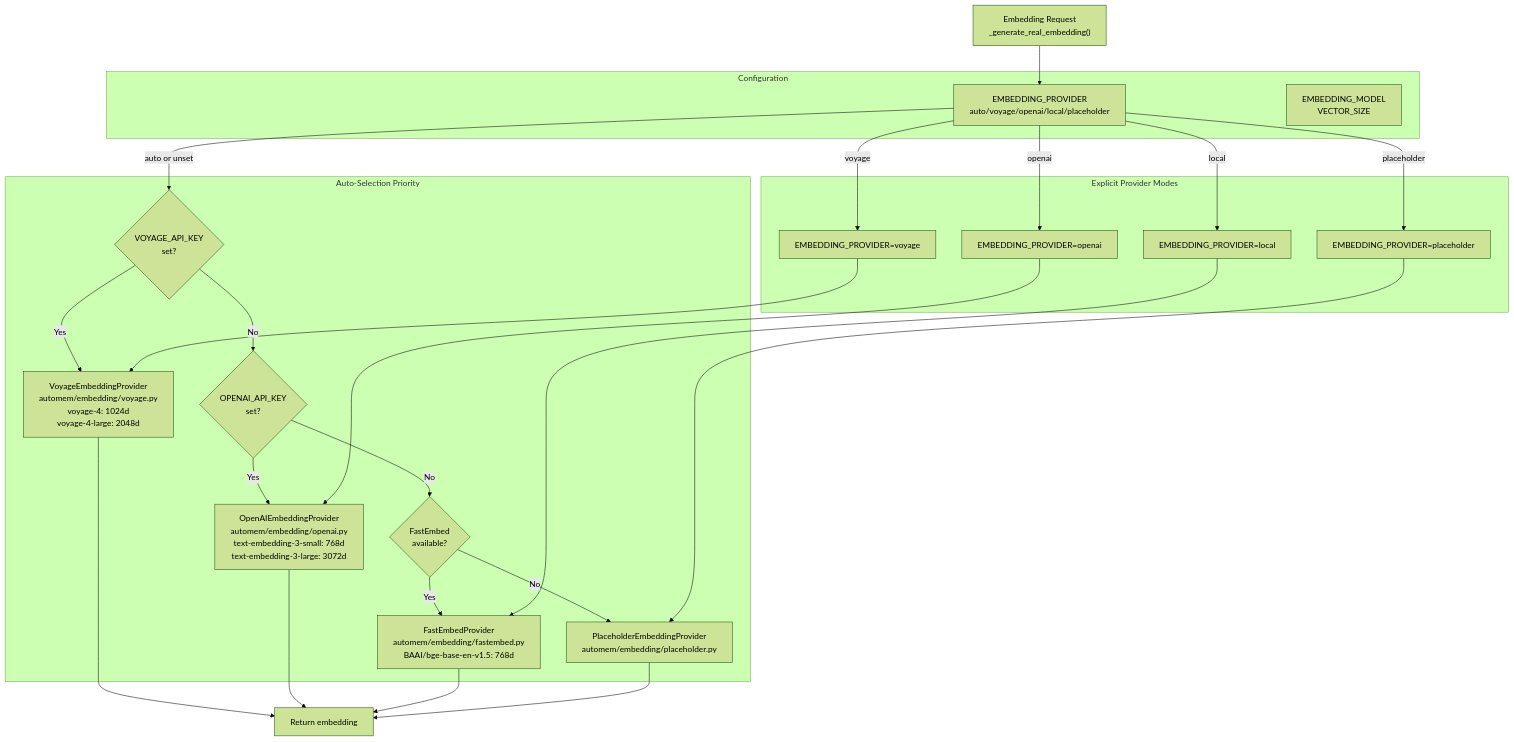
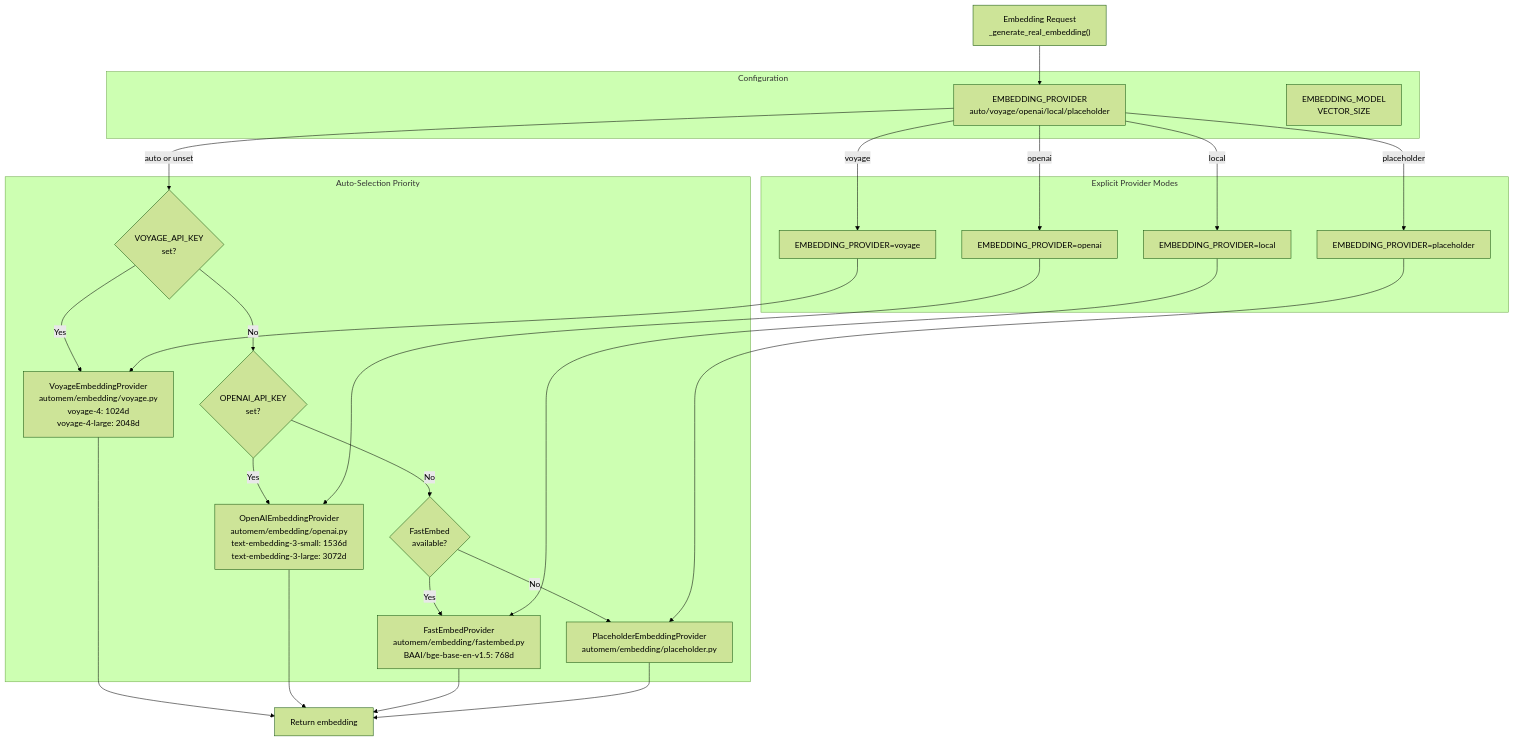
Before and after one commit to verygoodplugins/automem-website: the sixth of 6 diagrams in src/content/docs/docs/overview.md, drawn with Mermaid (forest theme). The commit also changed other lines of this file and 12 other files, not shown here.

````diff
--- a/src/content/docs/docs/overview.md
+++ b/src/content/docs/docs/overview.md
@@ -400,52 +400,52 @@
 ```mermaid
 graph TB
     Start["Embedding Request<br/>_generate_real_embedding()"]
 
     subgraph config["Configuration"]
         EnvProvider["EMBEDDING_PROVIDER<br/>auto/voyage/openai/local/placeholder"]
         EnvModel["EMBEDDING_MODEL<br/>VECTOR_SIZE"]
     end
 
     subgraph auto_select["Auto-Selection Priority"]
         CheckVoyage{"VOYAGE_API_KEY<br/>set?"}
         CheckOpenAI{"OPENAI_API_KEY<br/>set?"}
         CheckFastEmbed{"FastEmbed<br/>available?"}
         UsePlaceholder["PlaceholderEmbeddingProvider<br/>automem/embedding/placeholder.py"]
 
         Voyage["VoyageEmbeddingProvider<br/>automem/embedding/voyage.py<br/>voyage-4: 1024d<br/>voyage-4-large: 2048d"]
-        OpenAI["OpenAIEmbeddingProvider<br/>automem/embedding/openai.py<br/>text-embedding-3-small: 768d<br/>text-embedding-3-large: 3072d"]
+        OpenAI["OpenAIEmbeddingProvider<br/>automem/embedding/openai.py<br/>text-embedding-3-small: 1536d<br/>text-embedding-3-large: 3072d"]
         FastEmbed["FastEmbedProvider<br/>automem/embedding/fastembed.py<br/>BAAI/bge-base-en-v1.5: 768d"]
     end
 
     subgraph explicit["Explicit Provider Modes"]
         ForceVoyage["EMBEDDING_PROVIDER=voyage"]
         ForceOpenAI["EMBEDDING_PROVIDER=openai"]
         ForceLocal["EMBEDDING_PROVIDER=local"]
         ForcePlaceholder["EMBEDDING_PROVIDER=placeholder"]
     end
 
     Start --> EnvProvider
 
     EnvProvider -->|"auto or unset"| CheckVoyage
     EnvProvider -->|"voyage"| ForceVoyage
     EnvProvider -->|"openai"| ForceOpenAI
     EnvProvider -->|"local"| ForceLocal
     EnvProvider -->|"placeholder"| ForcePlaceholder
 
     CheckVoyage -->|"Yes"| Voyage
     CheckVoyage -->|"No"| CheckOpenAI
     CheckOpenAI -->|"Yes"| OpenAI
     CheckOpenAI -->|"No"| CheckFastEmbed
     CheckFastEmbed -->|"Yes"| FastEmbed
     CheckFastEmbed -->|"No"| UsePlaceholder
 
     ForceVoyage --> Voyage
     ForceOpenAI --> OpenAI
     ForceLocal --> FastEmbed
     ForcePlaceholder --> UsePlaceholder
 
     Voyage --> Result["Return embedding"]
     OpenAI --> Result
     FastEmbed --> Result
     UsePlaceholder --> Result
 ```
````
